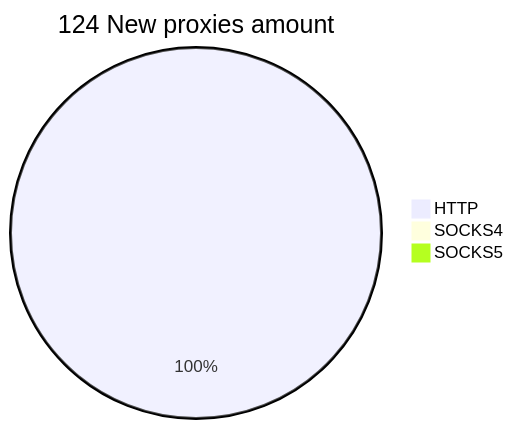
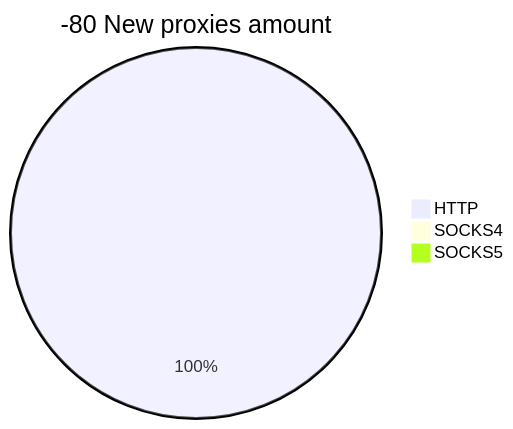
The second of 2 diagrams in README.md (cutipu/proxylist), drawn with Mermaid before and after one commit. The commit also changed other lines of this file, not shown here.

````diff
--- a/README.md
+++ b/README.md
@@ -10,6 +10,6 @@
 ```mermaid
-pie title 124 New proxies amount
-    "HTTP" : 183
+pie title -80 New proxies amount
+    "HTTP" : 13
     "SOCKS4" : 0
     "SOCKS5" : 0
 ```
````
